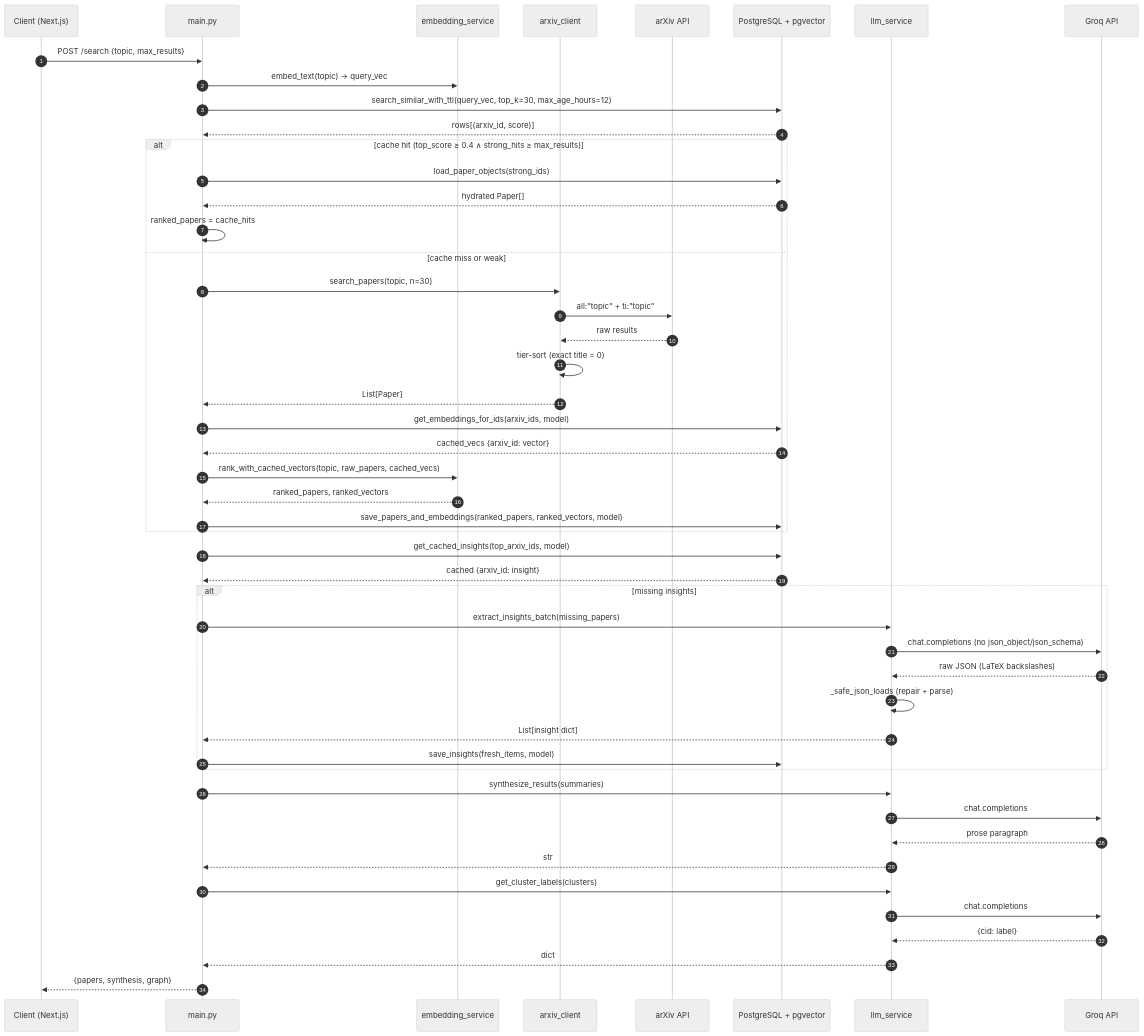
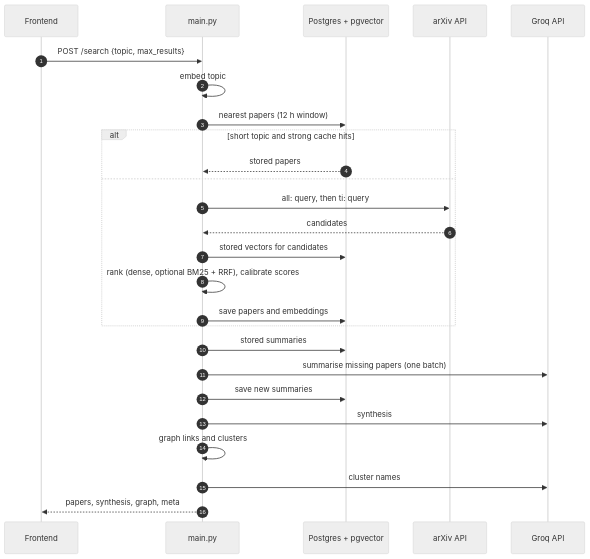
Before and after one commit to SKARAlpha0407/BTP_SEM_07: the second of 3 diagrams in REPORT.md, drawn with Mermaid (neutral theme). The commit also changed other lines of this file and 1 other file, not shown here.

````diff
--- a/REPORT.md
+++ b/REPORT.md
@@ -67,60 +108,29 @@
 ```mermaid
 sequenceDiagram
     autonumber
-    participant C as Client (Next.js)
+    participant C as Frontend
     participant M as main.py
-    participant E as embedding_service
-    participant A as arxiv_client
-    participant AX as arXiv API
-    participant DB as PostgreSQL + pgvector
-    participant L as llm_service
+    participant DB as Postgres + pgvector
+    participant A as arXiv API
     participant G as Groq API
 
     C->>M: POST /search {topic, max_results}
-    M->>E: embed_text(topic) → query_vec
-
-    %% Cache-first lookup
-    M->>DB: search_similar_with_ttl(query_vec, top_k=30, max_age_hours=12)
-    DB-->>M: rows[(arxiv_id, score)]
-    alt cache hit (top_score ≥ 0.4 ∧ strong_hits ≥ max_results)
-        M->>DB: load_paper_objects(strong_ids)
-        DB-->>M: hydrated Paper[]
-        M->>M: ranked_papers = cache_hits
-    else cache miss or weak
-        M->>A: search_papers(topic, n=30)
-        A->>AX: all:"topic" + ti:"topic"
-        AX-->>A: raw results
-        A->>A: tier-sort (exact title = 0)
-        A-->>M: List[Paper]
-
-        M->>DB: get_embeddings_for_ids(arxiv_ids, model)
-        DB-->>M: cached_vecs {arxiv_id: vector}
-        M->>E: rank_with_cached_vectors(topic, raw_papers, cached_vecs)
-        E-->>M: ranked_papers, ranked_vectors
-        M->>DB: save_papers_and_embeddings(ranked_papers, ranked_vectors, model)
+    M->>M: embed topic
+    M->>DB: nearest papers (12 h window)
+    alt short topic and strong cache hits
+        DB-->>M: stored papers
+    else
+        M->>A: all: query, then ti: query
+        A-->>M: candidates
+        M->>DB: stored vectors for candidates
+        M->>M: rank (dense, optional BM25 + RRF), calibrate scores
+        M->>DB: save papers and embeddings
     end
-
-    %% Insights: cached first
-    M->>DB: get_cached_insights(top_arxiv_ids, model)
-    DB-->>M: cached {arxiv_id: insight}
-    alt missing insights
-        M->>L: extract_insights_batch(missing_papers)
-        L->>G: chat.completions (no json_object/json_schema)
-        G-->>L: raw JSON (LaTeX backslashes)
-        L->>L: _safe_json_loads (repair + parse)
-        L-->>M: List[insight dict]
-        M->>DB: save_insights(fresh_items, model)
-    end
-
-    M->>L: synthesize_results(summaries)
-    L->>G: chat.completions
-    G-->>L: prose paragraph
-    L-->>M: str
-
-    M->>L: get_cluster_labels(clusters)
-    L->>G: chat.completions
-    G-->>L: {cid: label}
-    L-->>M: dict
-
-    M-->>C: {papers, synthesis, graph}
+    M->>DB: stored summaries
+    M->>G: summarise missing papers (one batch)
+    M->>DB: save new summaries
+    M->>G: synthesis
+    M->>M: graph links and clusters
+    M->>G: cluster names
+    M-->>C: papers, synthesis, graph, meta
 ```
````
